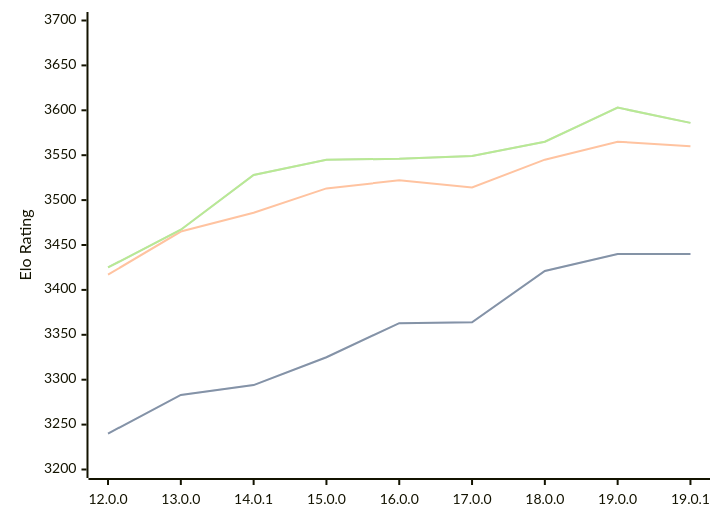
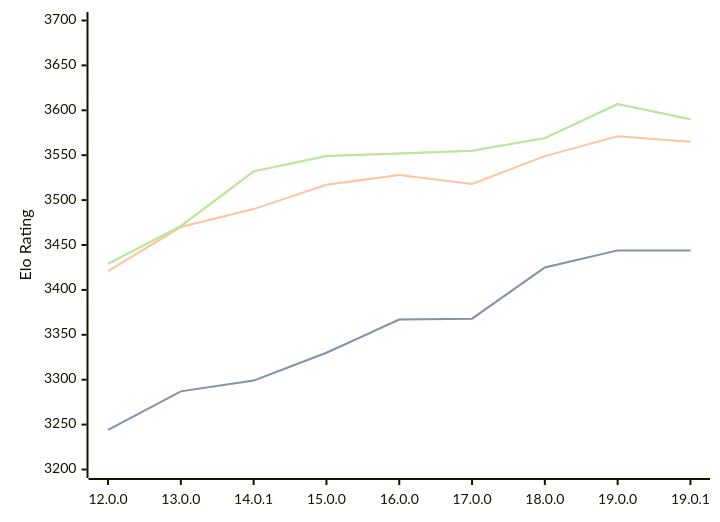
The diagram in engines/Viridithas.md (computer-chess-index/cci), drawn with Mermaid before and after one commit. The commit also changed other lines of this file, not shown here.

Commit message:
Update CCI Ratings (ELO VLTC) - 2026-04-18

````diff
--- a/engines/Viridithas.md
+++ b/engines/Viridithas.md
@@ -63,11 +63,11 @@
 ```mermaid
 %%{init: {"theme":"base","themeVariables":{"seriesColors:['#a3a3a3','#222221','#faa371']}}}%%
 xychart-beta
   x-axis ["12.0.0", "13.0.0", "14.0.1", "15.0.0", "16.0.0", "17.0.0", "18.0.0", "19.0.0", "19.0.1"]
   y-axis "Elo Rating" 3200 --> 3700
-  line "STC (8.0+0.08s)" [3240, 3283, 3294, 3325, 3363, 3364, 3421, 3440, 3440]
-  line "STC (8.0+0.08s)" [3240, 3283, 3294, 3325, 3363, 3364, 3421, 3440, 3440]
-  line "LTC (60.0+0.60s)" [3417, 3465, 3486, 3513, 3522, 3514, 3545, 3565, 3560]
-  line "VLTC (2m24s+1.12s)" [3425, 3467, 3528, 3545, 3546, 3549, 3565, 3603, 3586]
-  line "VLTC (2m24s+1.12s)" [3425, 3467, 3528, 3545, 3546, 3549, 3565, 3603, 3586]
+  line "STC (8.0+0.08s)" [3244, 3287, 3299, 3330, 3367, 3368, 3425, 3444, 3444]
+  line "STC (8.0+0.08s)" [3244, 3287, 3299, 3330, 3367, 3368, 3425, 3444, 3444]
+  line "LTC (60.0+0.60s)" [3421, 3470, 3490, 3517, 3528, 3518, 3549, 3571, 3565]
+  line "VLTC (2m24s+1.12s)" [3429, 3471, 3532, 3549, 3552, 3555, 3569, 3607, 3590]
+  line "VLTC (2m24s+1.12s)" [3429, 3471, 3532, 3549, 3552, 3555, 3569, 3607, 3590]
 ```
````
